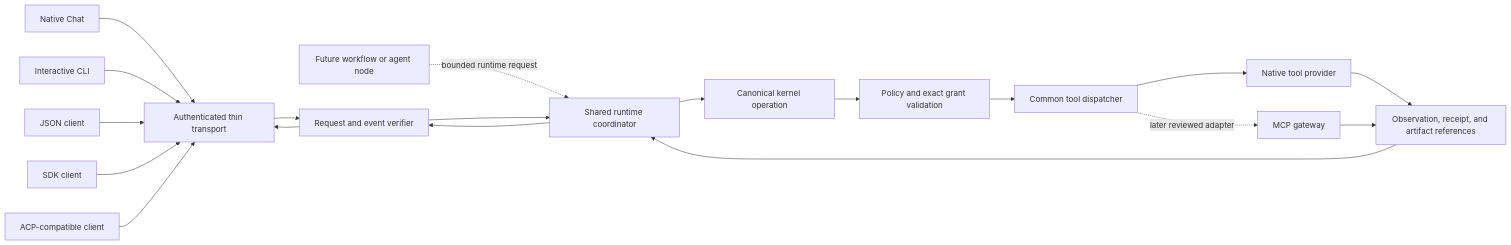
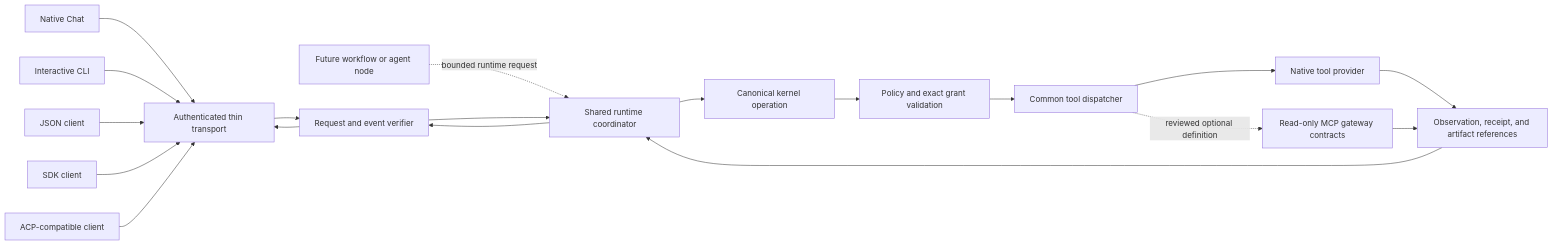
One commit to AaronNHorvitz/AgentMage changed the first of 2 diagrams in docs/architecture/thin-client-boundary.md. Above: the diagram before and after it, drawn with Mermaid. The commit also changed other lines of this file and 8 other files, not shown here.

````diff
--- a/docs/architecture/thin-client-boundary.md
+++ b/docs/architecture/thin-client-boundary.md
@@ -25,21 +25,21 @@
 ```mermaid
 flowchart LR
     CHAT["Native Chat"] --> T["Authenticated thin transport"]
     C["Interactive CLI"] --> T
     J["JSON client"] --> T
     S["SDK client"] --> T
     A["ACP-compatible client"] --> T
     W["Future workflow or agent node"] -. "bounded runtime request" .-> R
     T --> V["Request and event verifier"]
     V --> R["Shared runtime coordinator"]
     R --> K["Canonical kernel operation"]
     K --> P["Policy and exact grant validation"]
     P --> D["Common tool dispatcher"]
     D --> NT["Native tool provider"]
-    D -. "later reviewed adapter" .-> M["MCP gateway"]
+    D -. "reviewed optional definition" .-> M["Read-only MCP gateway contracts"]
     NT --> E["Observation, receipt, and artifact references"]
     M --> E
     E --> R
     R --> V
     V --> T
 ```
````
